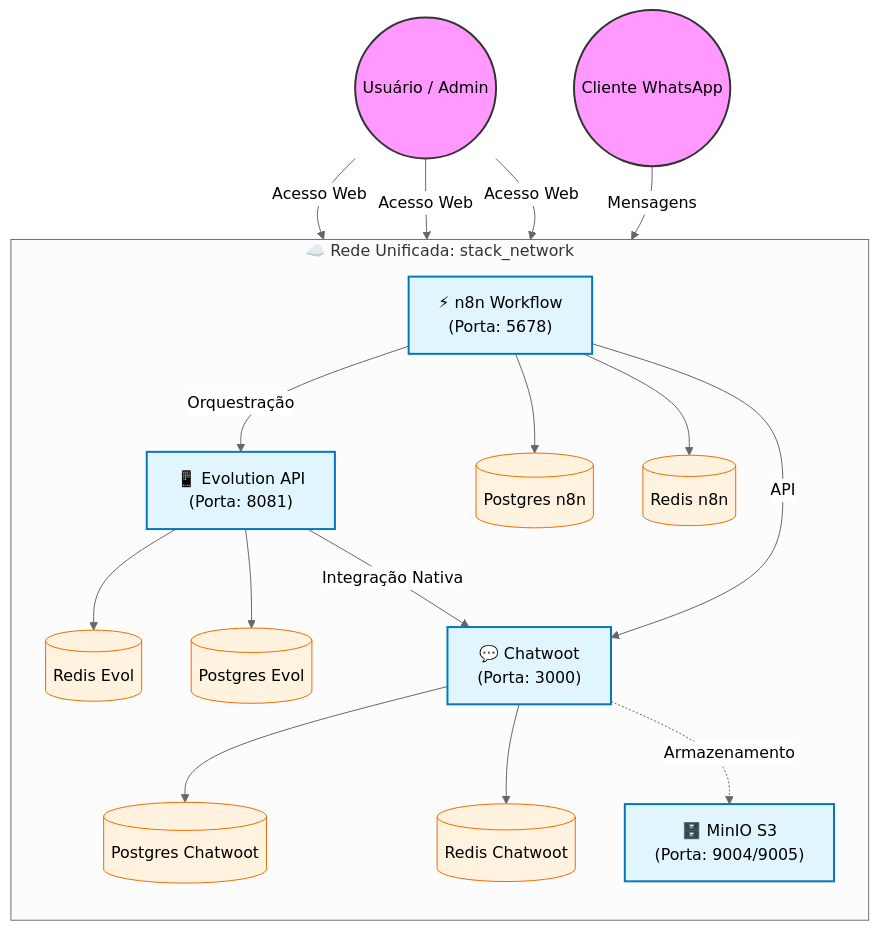
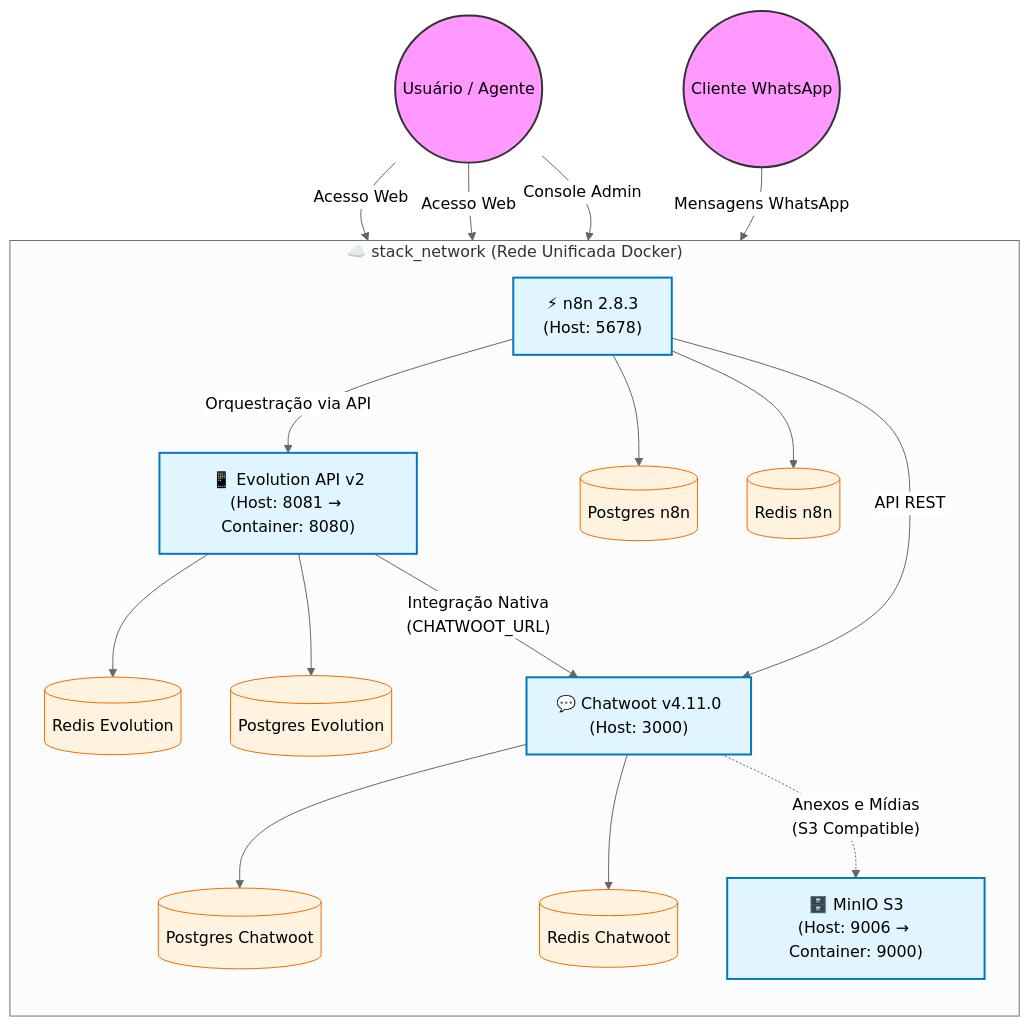
The diagram in README.md (yurythx/Automacao-BackBone), drawn with Mermaid (neutral theme) before and after one commit. The commit also changed other lines of this file and 6 other files, not shown here.

````diff
--- a/README.md
+++ b/README.md
@@ -44,50 +45,43 @@
 ```mermaid
 graph TD
-    %% Definição de Estilos
     classDef external fill:#f9f,stroke:#333,stroke-width:2px;
     classDef internal fill:#e1f5fe,stroke:#0277bd,stroke-width:2px;
     classDef db fill:#fff3e0,stroke:#ef6c00,stroke-width:1px;
 
-    %% Atores Externos
-    User(("Usuário / Admin")):::external
+    User(("Usuário / Agente")):::external
     Customer(("Cliente WhatsApp")):::external
 
-    %% Subgraph: Stack Network
-    subgraph Stack_Network ["☁️ Rede Unificada: stack_network"]
+    subgraph Stack_Network ["☁️ stack_network (Rede Unificada Docker)"]
         direction TB
-        
-        %% Serviços
-        EvolAPI["📱 Evolution API<br/>(Porta: 8081)"]:::internal
-        MinIO["🗄️ MinIO S3<br/>(Porta: 9004/9005)"]:::internal
-        n8n["⚡ n8n Workflow<br/>(Porta: 5678)"]:::internal
-        Chatwoot["💬 Chatwoot<br/>(Porta: 3000)"]:::internal
 
-        %% Bancos de Dados e Cache
-        RedisEvol[("Redis Evol")]:::db
-        PostgresEvol[("Postgres Evol")]:::db
+        EvolAPI["📱 Evolution API v2\n(Host: 8081 → Container: 8080)"]:::internal
+        MinIO["🗄️ MinIO S3\n(Host: 9006 → Container: 9000)"]:::internal
+        n8n["⚡ n8n 2.8.3\n(Host: 5678)"]:::internal
+        Chatwoot["💬 Chatwoot v4.11.0\n(Host: 3000)"]:::internal
+
+        RedisEvol[("Redis Evolution")]:::db
+        PostgresEvol[("Postgres Evolution")]:::db
         PostgresN8N[("Postgres n8n")]:::db
         RedisN8N[("Redis n8n")]:::db
         PostgresChat[("Postgres Chatwoot")]:::db
         RedisChat[("Redis Chatwoot")]:::db
     end
 
-    %% Conexões Externas
     User -->|Acesso Web| Chatwoot
     User -->|Acesso Web| n8n
-    User -->|Acesso Web| MinIO
-    Customer -->|Mensagens| EvolAPI
+    User -->|Console Admin| MinIO
+    Customer -->|Mensagens WhatsApp| EvolAPI
 
-    %% Conexões Internas (Serviços)
     EvolAPI --> RedisEvol
     EvolAPI --> PostgresEvol
-    EvolAPI -->|Integração Nativa| Chatwoot
-    
-    n8n -->|Orquestração| EvolAPI
-    n8n -->|API| Chatwoot
+    EvolAPI -->|"Integração Nativa\n(CHATWOOT_URL)"| Chatwoot
+
+    n8n -->|Orquestração via API| EvolAPI
+    n8n -->|API REST| Chatwoot
     n8n --> PostgresN8N
     n8n --> RedisN8N
 
     Chatwoot --> PostgresChat
     Chatwoot --> RedisChat
-    Chatwoot -.->|Armazenamento| MinIO
+    Chatwoot -.->|"Anexos e Mídias\n(S3 Compatible)"| MinIO
 ```
````
